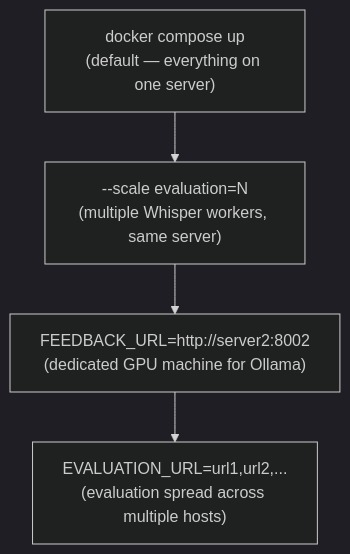
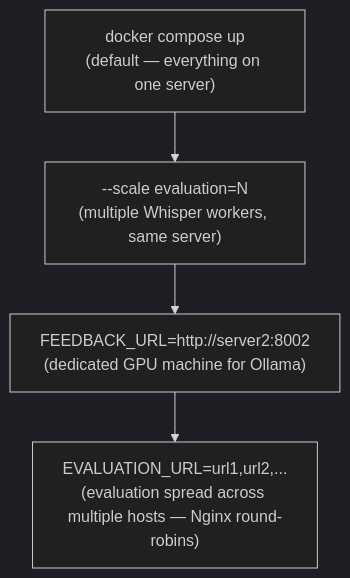
One commit to Team-Education-Futures-Lab/Agression_Trainer changed the third of 3 diagrams in docs/architecture.md. Above: the diagram before and after it, drawn with Mermaid (dark theme). The commit also changed other lines of this file and 27 other files, not shown here.

````diff
--- a/docs/architecture.md
+++ b/docs/architecture.md
@@ -157,9 +172,9 @@
 ```mermaid
 flowchart TD
     A["docker compose up\n(default — everything on one server)"]
     B["--scale evaluation=N\n(multiple Whisper workers, same server)"]
     C["FEEDBACK_URL=http://server2:8002\n(dedicated GPU machine for Ollama)"]
-    D["EVALUATION_URL=url1,url2,...\n(evaluation spread across multiple hosts)"]
+    D["EVALUATION_URL=url1,url2,...\n(evaluation spread across multiple hosts — Nginx round-robins)"]
 
     A --> B --> C --> D
 ```
````
